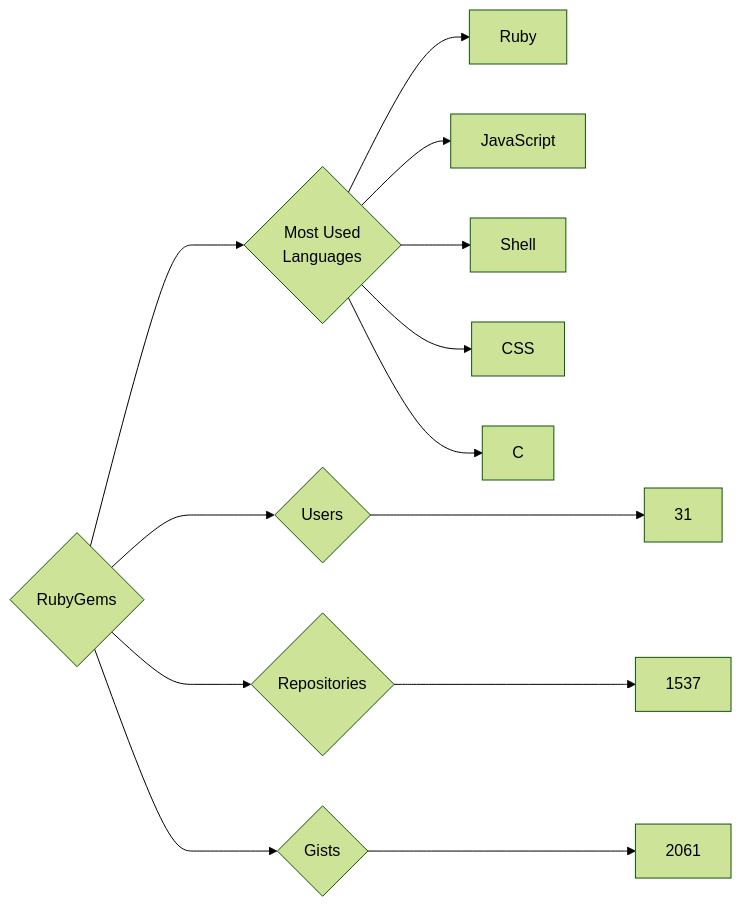
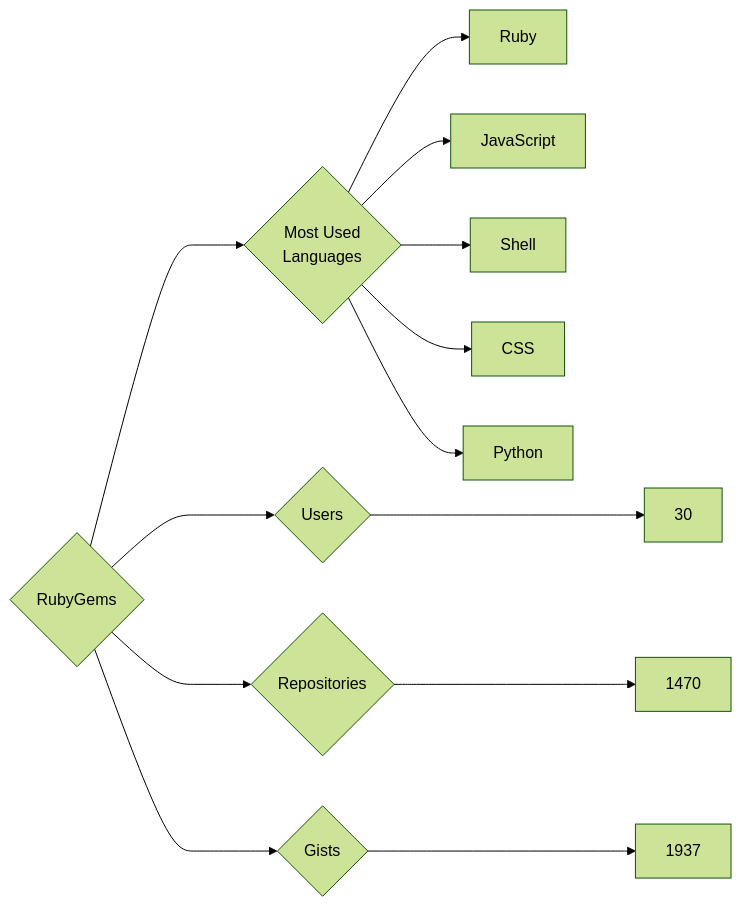
Before and after one commit to trickest/insiders: the diagram in targets/RubyGems/README.md, drawn with Mermaid (forest theme). The commit also changed 976 other files, not shown here.

````diff
--- a/targets/RubyGems/README.md
+++ b/targets/RubyGems/README.md
@@ -3,13 +3,13 @@
 ```mermaid
 graph LR
 COMPANY_NAME{RubyGems}
-COMPANY_NAME ---> U{Users} ---> UN[31]
-COMPANY_NAME ---> R{Repositories} ---> RN[1537]
-COMPANY_NAME ---> G{Gists} ---> GN[2061]
+COMPANY_NAME ---> U{Users} ---> UN[30]
+COMPANY_NAME ---> R{Repositories} ---> RN[1470]
+COMPANY_NAME ---> G{Gists} ---> GN[1937]
 COMPANY_NAME ---> ML{Most Used<br>Languages}
 ML --> Ruby[Ruby]
 ML --> JavaScript[JavaScript]
 ML --> Shell[Shell]
 ML --> CSS[CSS]
-ML --> C[C]
+ML --> Python[Python]
 ```
````
